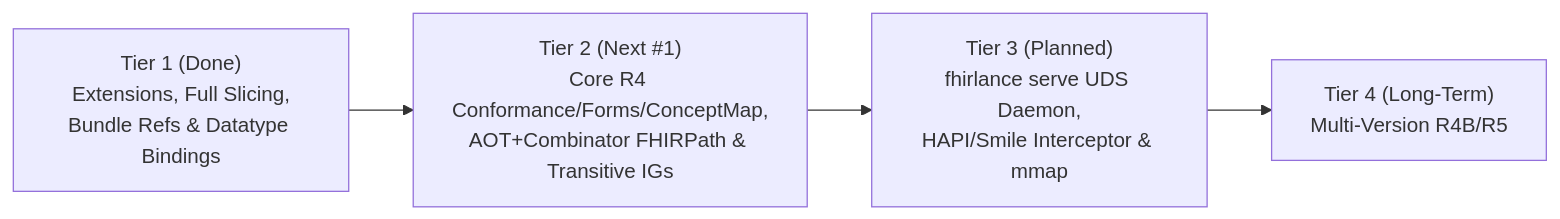
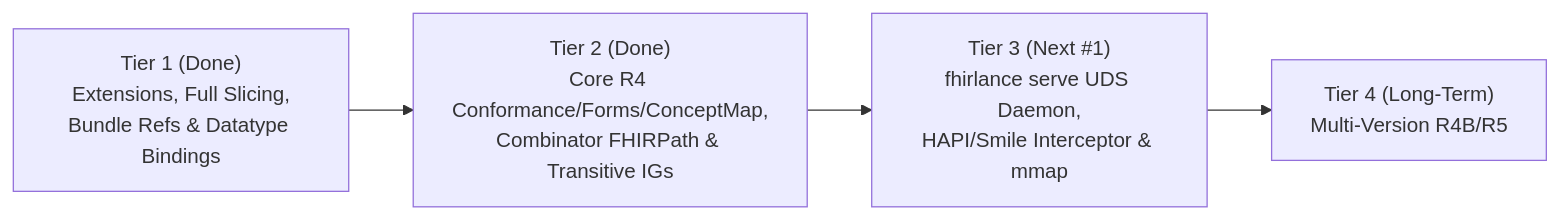
Before and after one commit to damsonaldson/FHIRlance: the diagram in docs/roadmap.md, drawn with Mermaid. The commit also changed other lines of this file and 9 other files, not shown here.

````diff
--- a/docs/roadmap.md
+++ b/docs/roadmap.md
@@ -8,6 +8,6 @@
 ```mermaid
 flowchart LR
-    T1["Tier 1 (Done)<br/>Extensions, Full Slicing,<br/>Bundle Refs & Datatype Bindings"] --> T2["Tier 2 (Next #1)<br/>Core R4 Conformance/Forms/ConceptMap,<br/>AOT+Combinator FHIRPath & Transitive IGs"]
-    T2 --> T3["Tier 3 (Planned)<br/>fhirlance serve UDS Daemon,<br/>HAPI/Smile Interceptor & mmap"]
+    T1["Tier 1 (Done)<br/>Extensions, Full Slicing,<br/>Bundle Refs & Datatype Bindings"] --> T2["Tier 2 (Done)<br/>Core R4 Conformance/Forms/ConceptMap,<br/>Combinator FHIRPath & Transitive IGs"]
+    T2 --> T3["Tier 3 (Next #1)<br/>fhirlance serve UDS Daemon,<br/>HAPI/Smile Interceptor & mmap"]
     T3 --> T4["Tier 4 (Long-Term)<br/>Multi-Version R4B/R5"]
 ```
````
